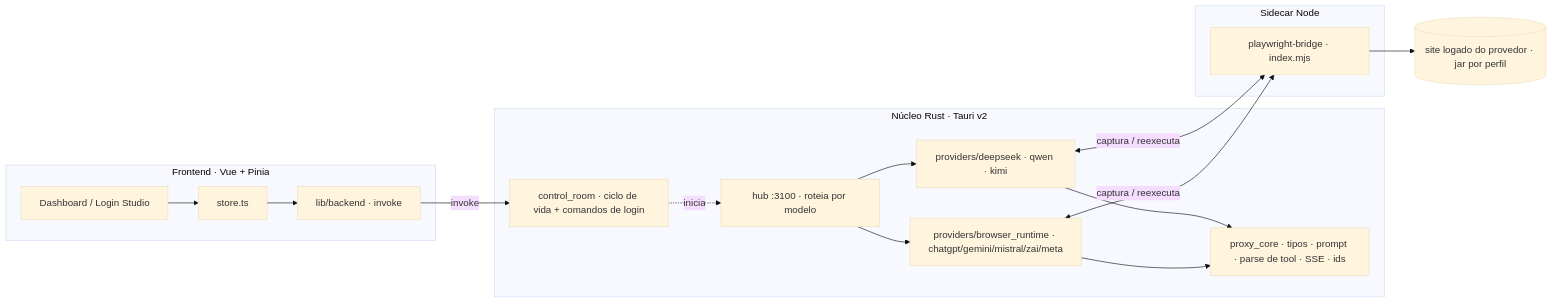
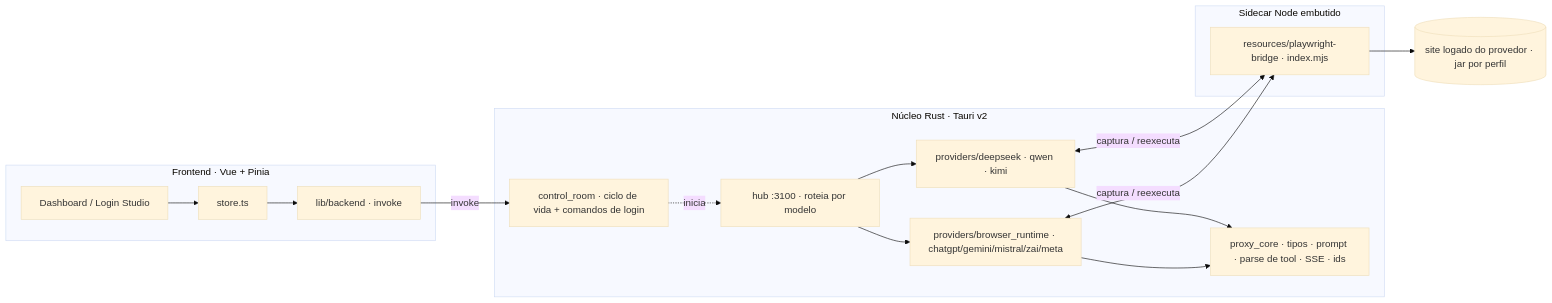
Before and after one commit to SobralCybersec/RustProxyHub: the second of 7 diagrams in README.pt-BR.md, drawn with Mermaid (base theme). The commit also changed other lines of this file and 2 other files, not shown here.

````diff
--- a/README.pt-BR.md
+++ b/README.pt-BR.md
@@ -200,26 +232,26 @@
 ```mermaid
 flowchart LR
     subgraph FE[Frontend · Vue + Pinia]
       UI[Dashboard / Login Studio] --> ST[store.ts]
       ST --> INV[lib/backend · invoke]
     end
 
     subgraph BE[Núcleo Rust · Tauri v2]
       CR[control_room · ciclo de vida + comandos de login]
       HUB[hub :3100 · roteia por modelo]
       P1[providers/deepseek · qwen · kimi]
       P2[providers/browser_runtime · chatgpt/gemini/mistral/zai/meta]
       CORE[proxy_core · tipos · prompt · parse de tool · SSE · ids]
     end
 
-    subgraph BR[Sidecar Node]
-      PW[playwright-bridge · index.mjs]
+    subgraph BR[Sidecar Node embutido]
+      PW[resources/playwright-bridge · index.mjs]
     end
 
     INV -->|invoke| CR
     CR -.inicia.-> HUB
     HUB --> P1 & P2
     P1 & P2 --> CORE
     P1 & P2 <-->|captura / reexecuta| PW
     PW --> WEB[(site logado do provedor · jar por perfil)]
 ```
````
